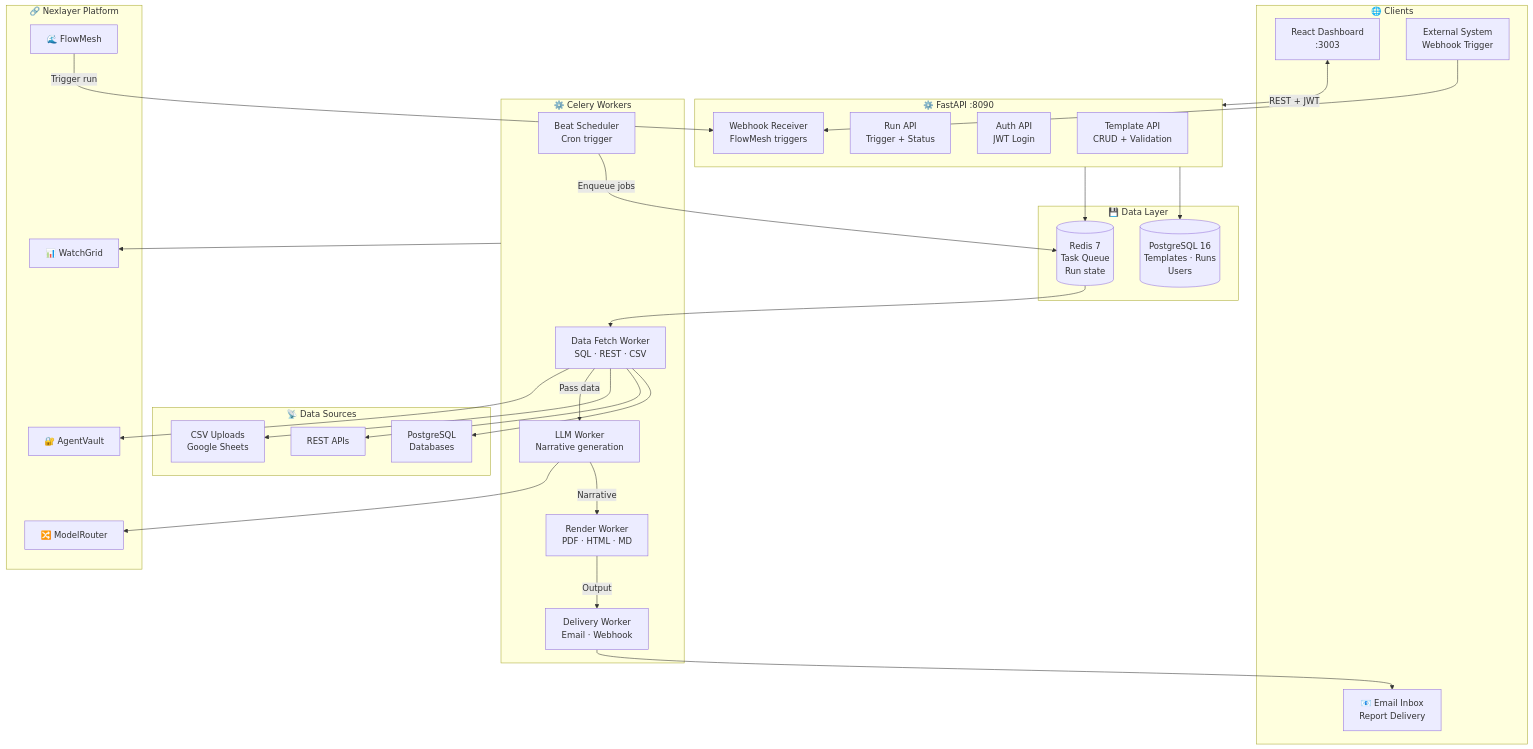
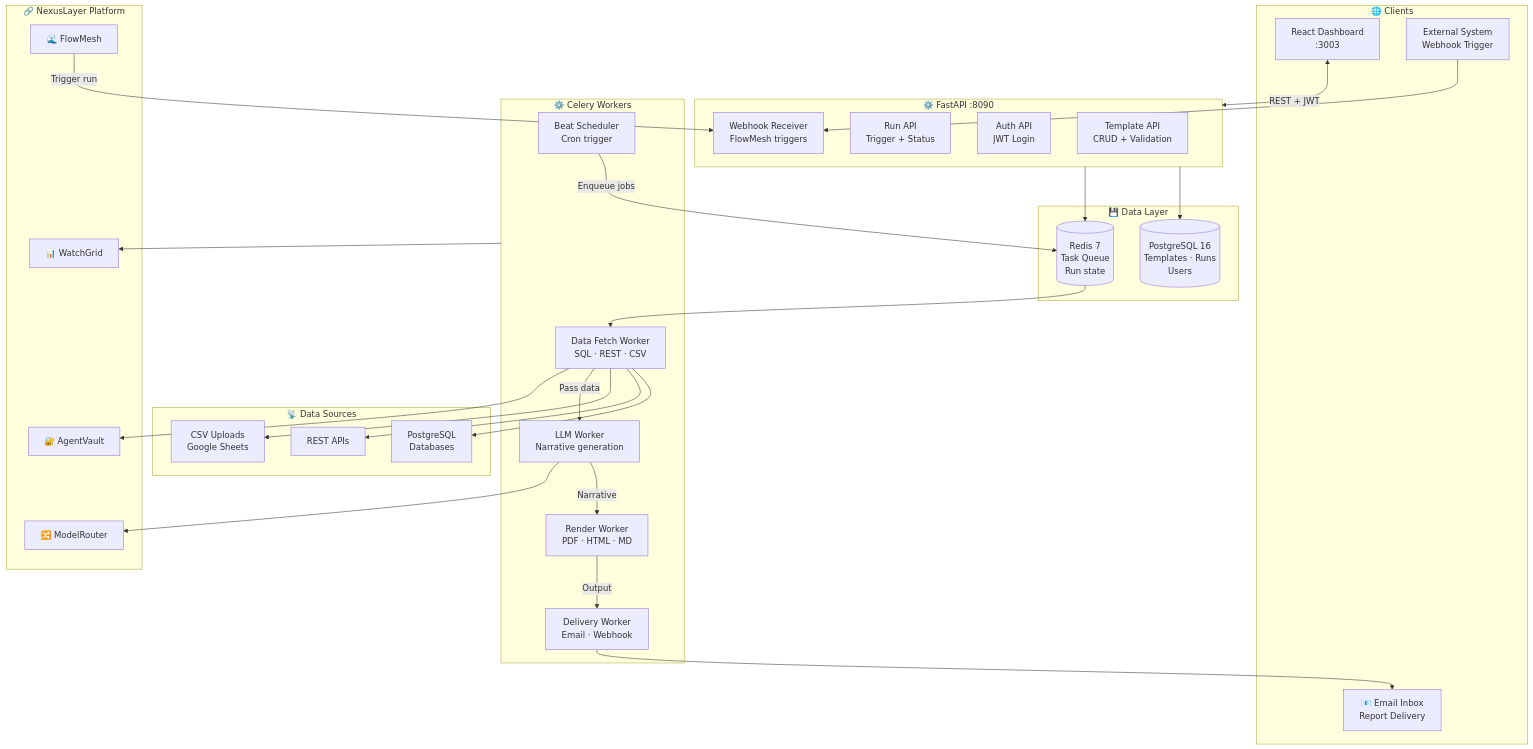
The first of 2 diagrams in README.md (NexusLayerEU/period-ai), drawn with Mermaid before and after one commit. The commit also changed other lines of this file and 7 other files, not shown here.

First line of the commit message:
rebrand: NexusLayer / nexuslayer.eu

````diff
--- a/README.md
+++ b/README.md
@@ -70,62 +70,62 @@
 ```mermaid
 graph TB
     subgraph Clients["🌐 Clients"]
         Dashboard["React Dashboard\n:3003"]
         ExternalWebhook["External System\nWebhook Trigger"]
         EmailClient["📧 Email Inbox\nReport Delivery"]
     end
 
     subgraph API["⚙️ FastAPI :8090"]
         TemplateAPI["Template API\nCRUD + Validation"]
         RunAPI["Run API\nTrigger + Status"]
         AuthAPI["Auth API\nJWT Login"]
         WebhookAPI["Webhook Receiver\nFlowMesh triggers"]
     end
 
     subgraph Workers["⚙️ Celery Workers"]
         Scheduler["Beat Scheduler\nCron trigger"]
         FetchWorker["Data Fetch Worker\nSQL · REST · CSV"]
         LLMWorker["LLM Worker\nNarrative generation"]
         RenderWorker["Render Worker\nPDF · HTML · MD"]
         DeliveryWorker["Delivery Worker\nEmail · Webhook"]
     end
 
     subgraph Data["💾 Data Layer"]
         PG[("PostgreSQL 16\nTemplates · Runs\nUsers")]
         Redis[("Redis 7\nTask Queue\nRun state")]
     end
 
     subgraph DataSources["📡 Data Sources"]
         ExtPG["PostgreSQL\nDatabases"]
         RestAPI["REST APIs"]
         CSV["CSV Uploads\nGoogle Sheets"]
     end
 
-    subgraph Platform["🔗 Nexlayer Platform"]
+    subgraph Platform["🔗 NexusLayer Platform"]
         ModelRouter["🔀 ModelRouter"]
         AgentVault["🔐 AgentVault"]
         WatchGrid["📊 WatchGrid"]
         FlowMesh["🌊 FlowMesh"]
     end
 
     Dashboard <-->|REST + JWT| API
     ExternalWebhook --> WebhookAPI
     
     API --> PG
     API --> Redis
 
     Scheduler -->|Enqueue jobs| Redis
     Redis --> FetchWorker
     FetchWorker --> ExtPG
     FetchWorker --> RestAPI
     FetchWorker --> CSV
     FetchWorker -->|Pass data| LLMWorker
     LLMWorker -->|Narrative| RenderWorker
     RenderWorker -->|Output| DeliveryWorker
     DeliveryWorker --> EmailClient
 
     LLMWorker --> ModelRouter
     FetchWorker --> AgentVault
     Workers --> WatchGrid
     FlowMesh -->|Trigger run| WebhookAPI
 ```
````
